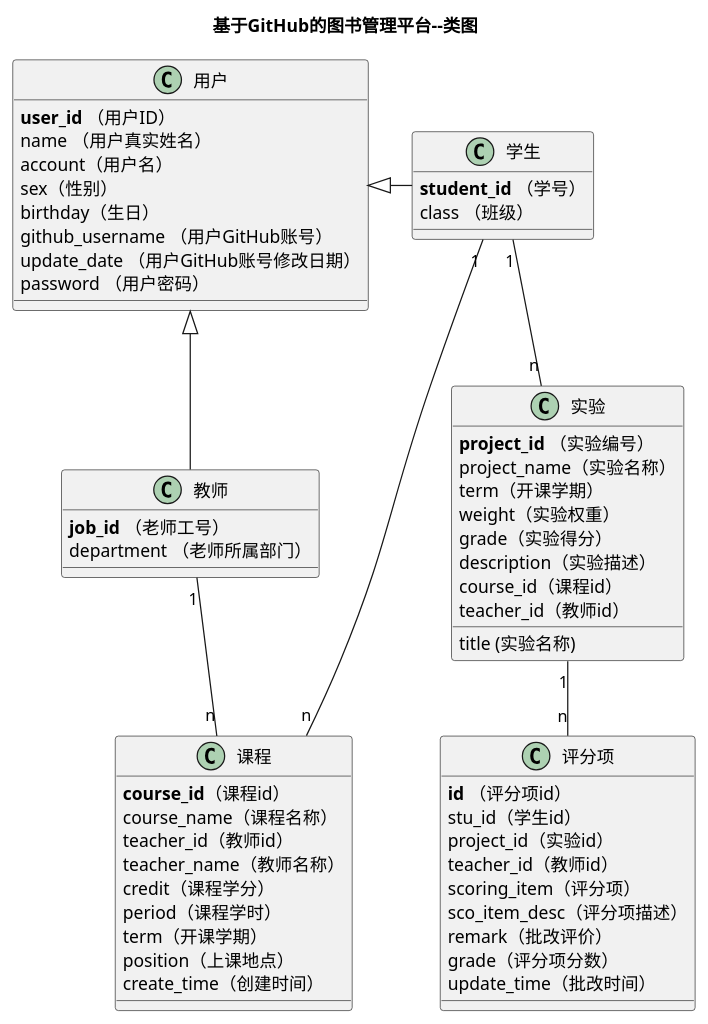
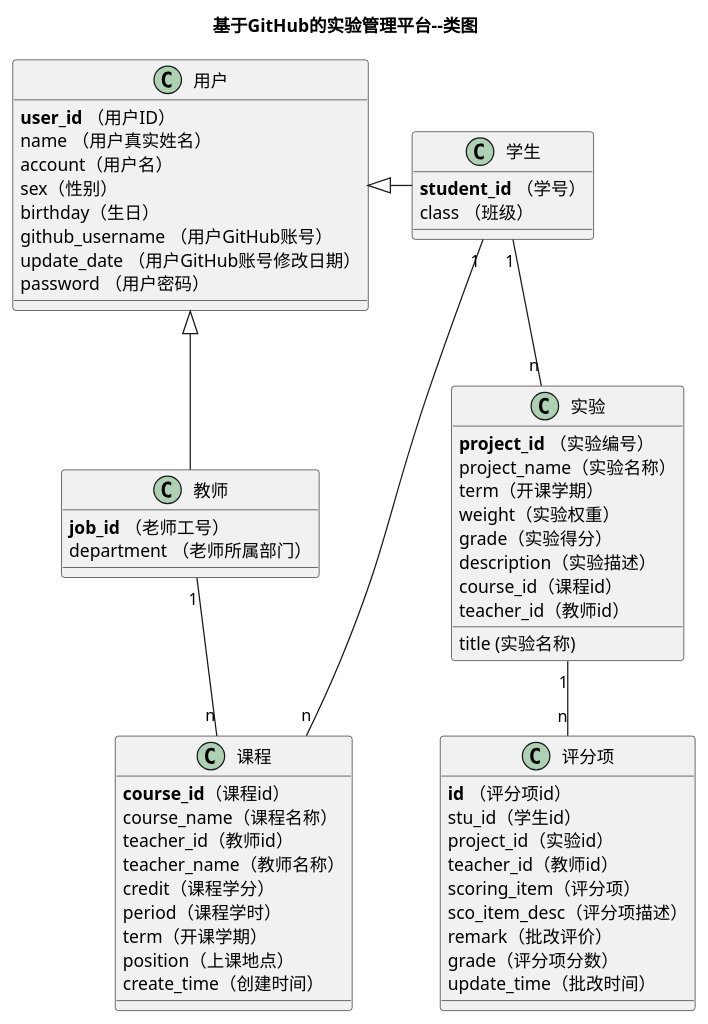
One commit to 228957643/is_analysis changed the diagram in test6/puml/class.puml. Above: the diagram before and after it, drawn with PlantUML. The commit also changed 27 other files, not shown here.

```diff
--- a/test6/puml/class.puml
+++ b/test6/puml/class.puml
@@ -1,60 +1,60 @@
 @startuml
-title 基于GitHub的图书管理平台--类图
+title 基于GitHub的实验管理平台--类图
 class 用户 {
     <b>user_id</b> （用户ID）
     name （用户真实姓名）
     account（用户名）
     sex（性别）
     birthday（生日）
     github_username （用户GitHub账号）
     update_date （用户GitHub账号修改日期）
     password （用户密码）
 }
 class 教师{
     <b>job_id</b> （老师工号）
     department （老师所属部门）
 }
 class 学生{
     <b>student_id</b> （学号）
     class （班级）
 }
 class 课程{
     <b>course_id</b>（课程id）
     course_name（课程名称）
     teacher_id（教师id）
     teacher_name（教师名称）
     credit（课程学分）
     period（课程学时）
     term（开课学期）
     position（上课地点）
     create_time（创建时间）
 }
 用户 <|- 学生
 用户 <|-- 教师
 学生 "1" -- "n"  课程
 教师 "1" -- "n"  课程
 class 评分项 {
     <b>id</b> （评分项id）
     stu_id（学生id）
     project_id（实验id）
     teacher_id（教师id）
     scoring_item（评分项）
     sco_item_desc（评分项描述）
     remark（批改评价）
     grade（评分项分数）
     update_time（批改时间）
 }
 class 实验 {
     <b>project_id</b> （实验编号）
     project_name（实验名称）
     term（开课学期）
     weight（实验权重）
     grade（实验得分）
     description（实验描述）
     course_id（课程id）
     teacher_id（教师id）
     title (实验名称)
 }
 学生 "1" -- "n"  实验
 实验 "1" -- "n"  评分项
 @enduml
```
